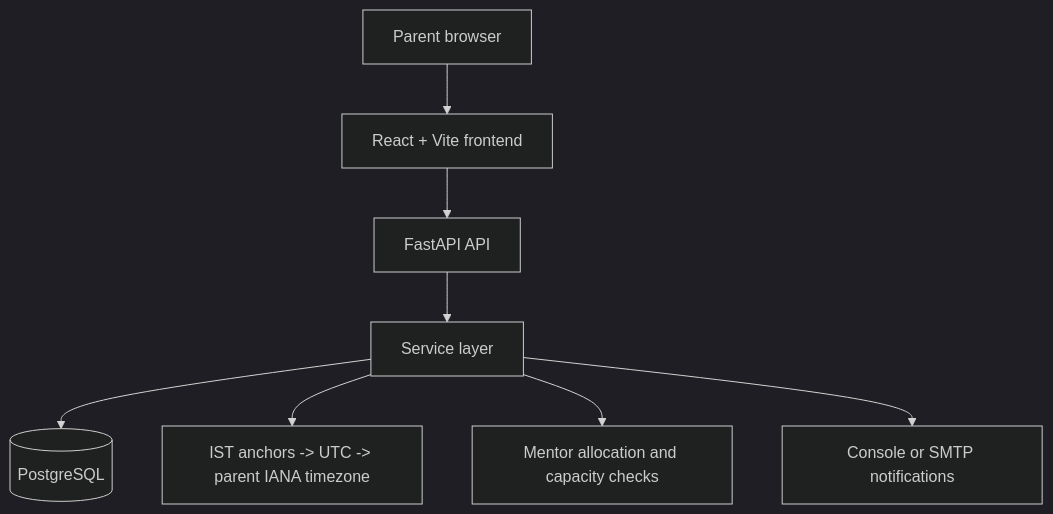
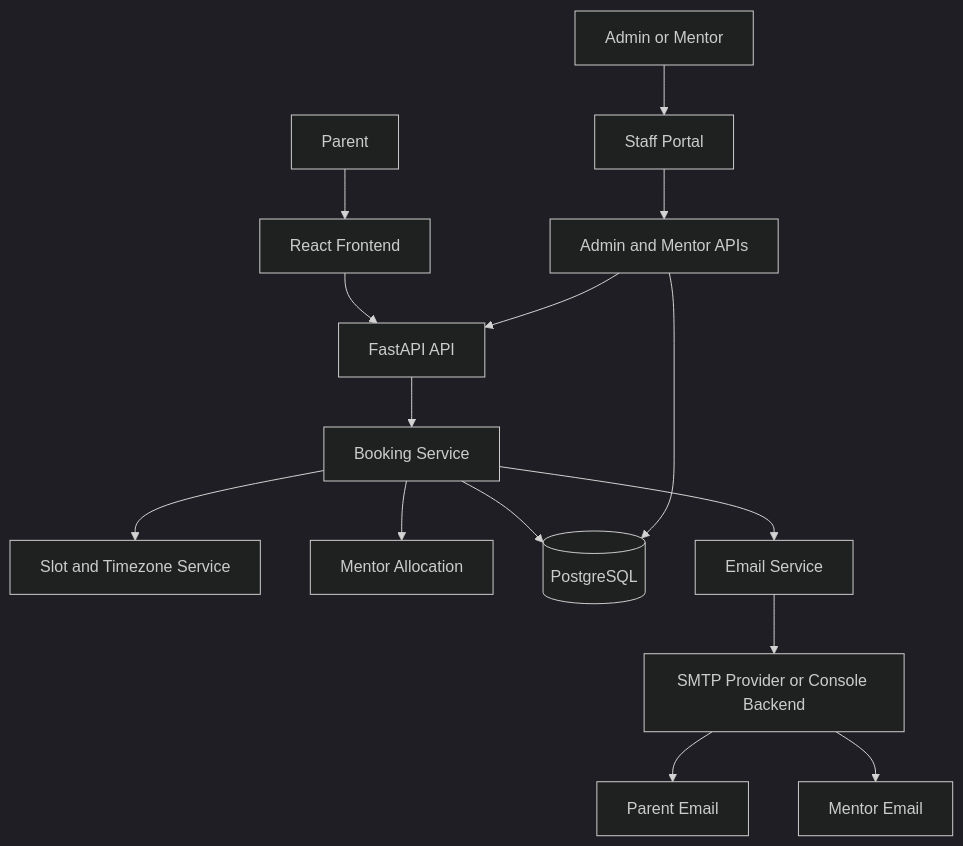
Before and after one commit to SRINIVASRAOAMMANGOD/codeyoung-trial-class-booking: the first of 2 diagrams in README.md, drawn with Mermaid (dark theme). The commit also changed other lines of this file, not shown here.

````diff
--- a/README.md
+++ b/README.md
@@ -43,10 +171,18 @@
 ```mermaid
 flowchart TD
-    P[Parent browser] --> R[React + Vite frontend]
-    R --> A[FastAPI API]
-    A --> S[Service layer]
-    S --> D[(PostgreSQL)]
-    S --> T[IST anchors -> UTC -> parent IANA timezone]
-    S --> M[Mentor allocation and capacity checks]
-    S --> E[Console or SMTP notifications]
+    U[Parent] --> F[React Frontend]
+    F --> API[FastAPI API]
+    API --> B[Booking Service]
+    B --> S[Slot and Timezone Service]
+    B --> M[Mentor Allocation]
+    B --> DB[(PostgreSQL)]
+    B --> E[Email Service]
+    E --> SMTP[SMTP Provider or Console Backend]
+    SMTP --> P[Parent Email]
+    SMTP --> ME[Mentor Email]
+
+    A[Admin or Mentor] --> SP[Staff Portal]
+    SP --> SA[Admin and Mentor APIs]
+    SA --> API
+    SA --> DB
 ```
````
